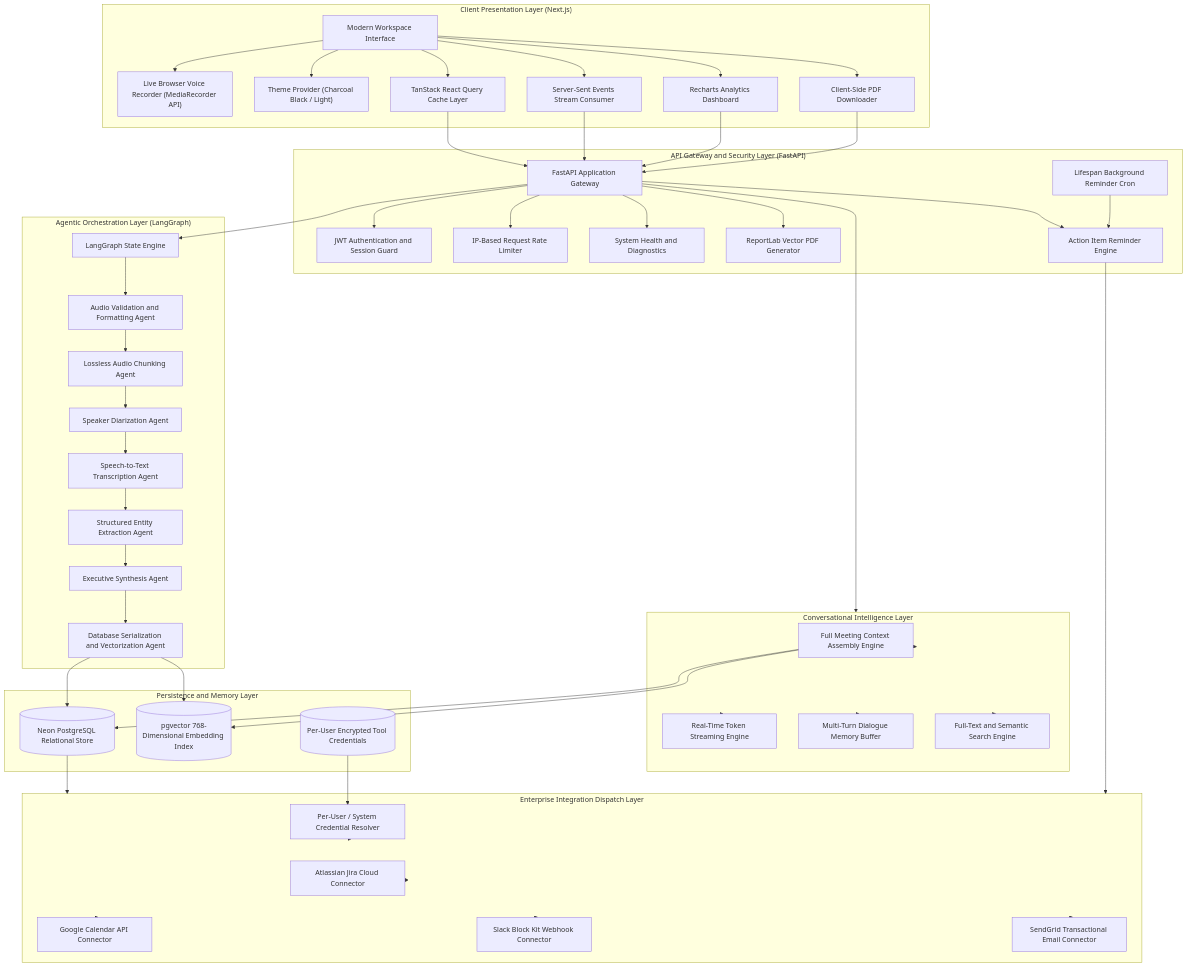
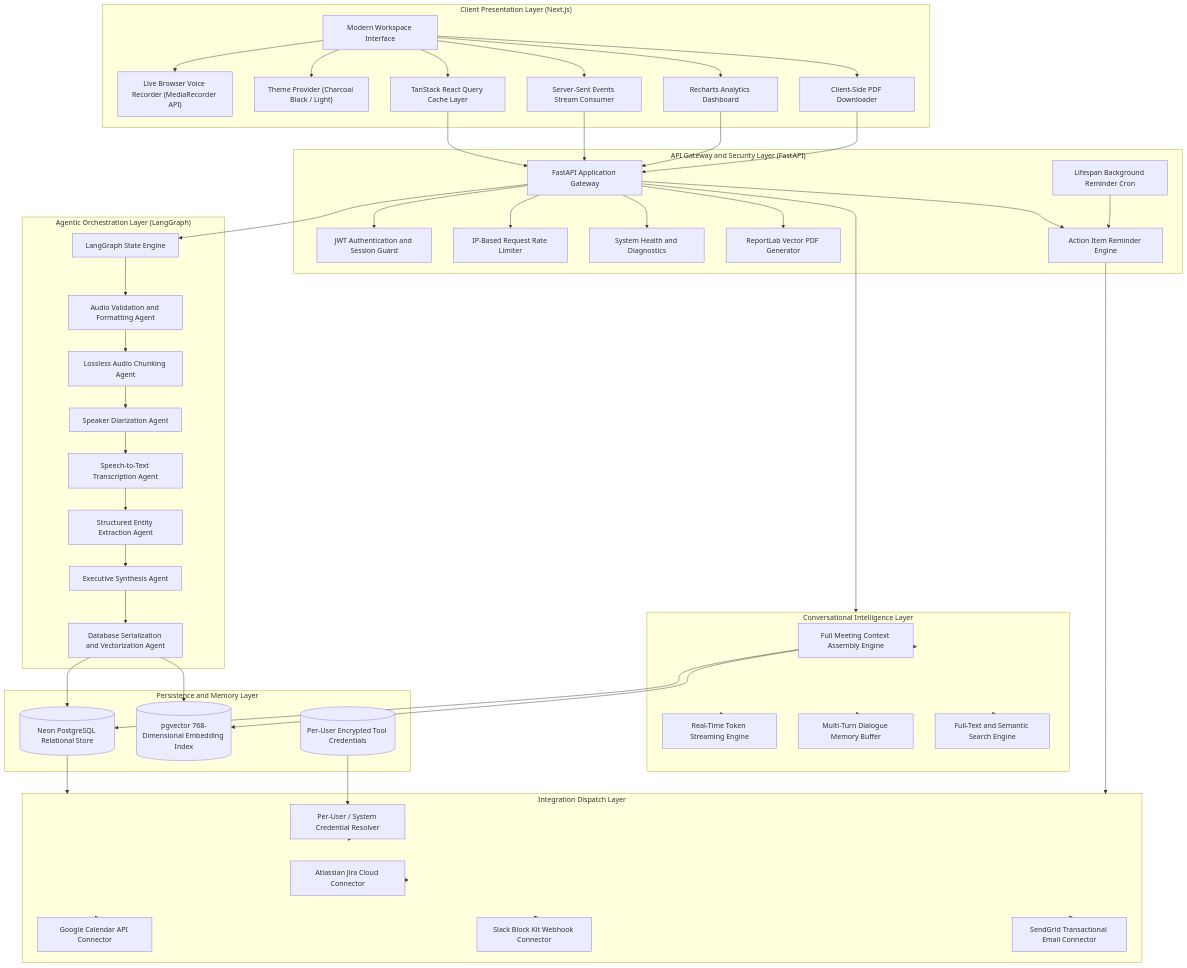
Before and after one commit to ultronop592/Meeting-Intelligence-Agent: the first of 2 diagrams in Readme.md, drawn with Mermaid. The commit also changed other lines of this file and 2 other files, not shown here.

Commit message:
chore: qualify marketing claims and align positioning with v1-baseline

````diff
--- a/Readme.md
+++ b/Readme.md
@@ -77,7 +77,7 @@
         UserCredentialsStore[("Per-User Encrypted Tool Credentials")]
     end
 
-    subgraph EnterpriseIntegrationLayer ["Enterprise Integration Dispatch Layer"]
+    subgraph IntegrationLayer ["Integration Dispatch Layer"]
         CredentialResolver["Per-User / System Credential Resolver"]
         JiraConnector["Atlassian Jira Cloud Connector"]
         CalendarConnector["Google Calendar API Connector"]
@@ -125,12 +125,12 @@
     ConversationalIntelligenceLayer --> ConversationalMemory
     ConversationalIntelligenceLayer --> GlobalSearchEngine
 
-    RelationalDB --> EnterpriseIntegrationLayer
+    RelationalDB --> IntegrationLayer
     UserCredentialsStore --> CredentialResolver
-    CredentialResolver --> EnterpriseIntegrationLayer
-    EnterpriseIntegrationLayer --> JiraConnector
-    EnterpriseIntegrationLayer --> CalendarConnector
-    EnterpriseIntegrationLayer --> SlackConnector
-    EnterpriseIntegrationLayer --> EmailConnector
-    ReminderService --> EnterpriseIntegrationLayer
+    CredentialResolver --> IntegrationLayer
+    IntegrationLayer --> JiraConnector
+    IntegrationLayer --> CalendarConnector
+    IntegrationLayer --> SlackConnector
+    IntegrationLayer --> EmailConnector
+    ReminderService --> IntegrationLayer
 ```
````
